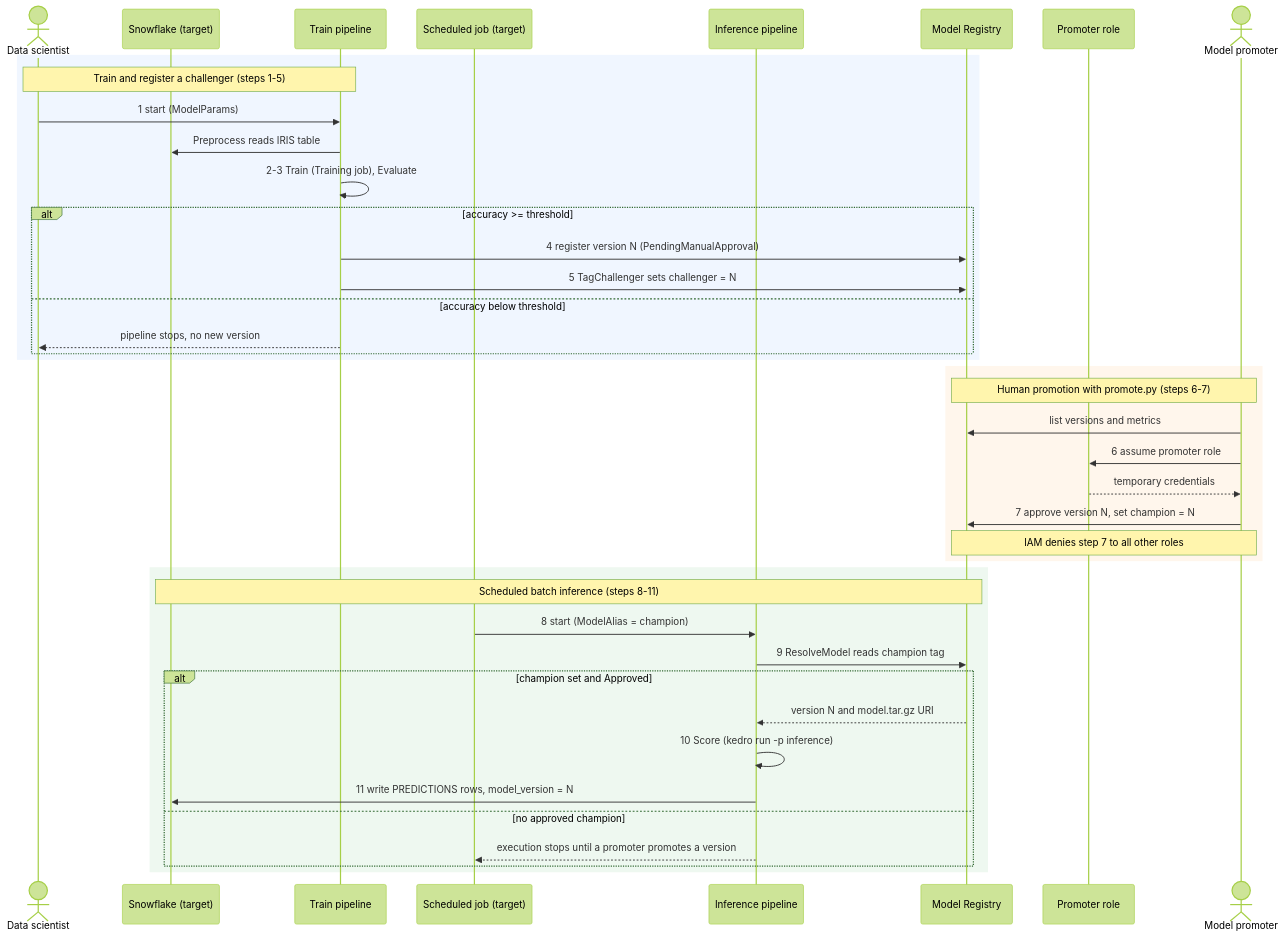
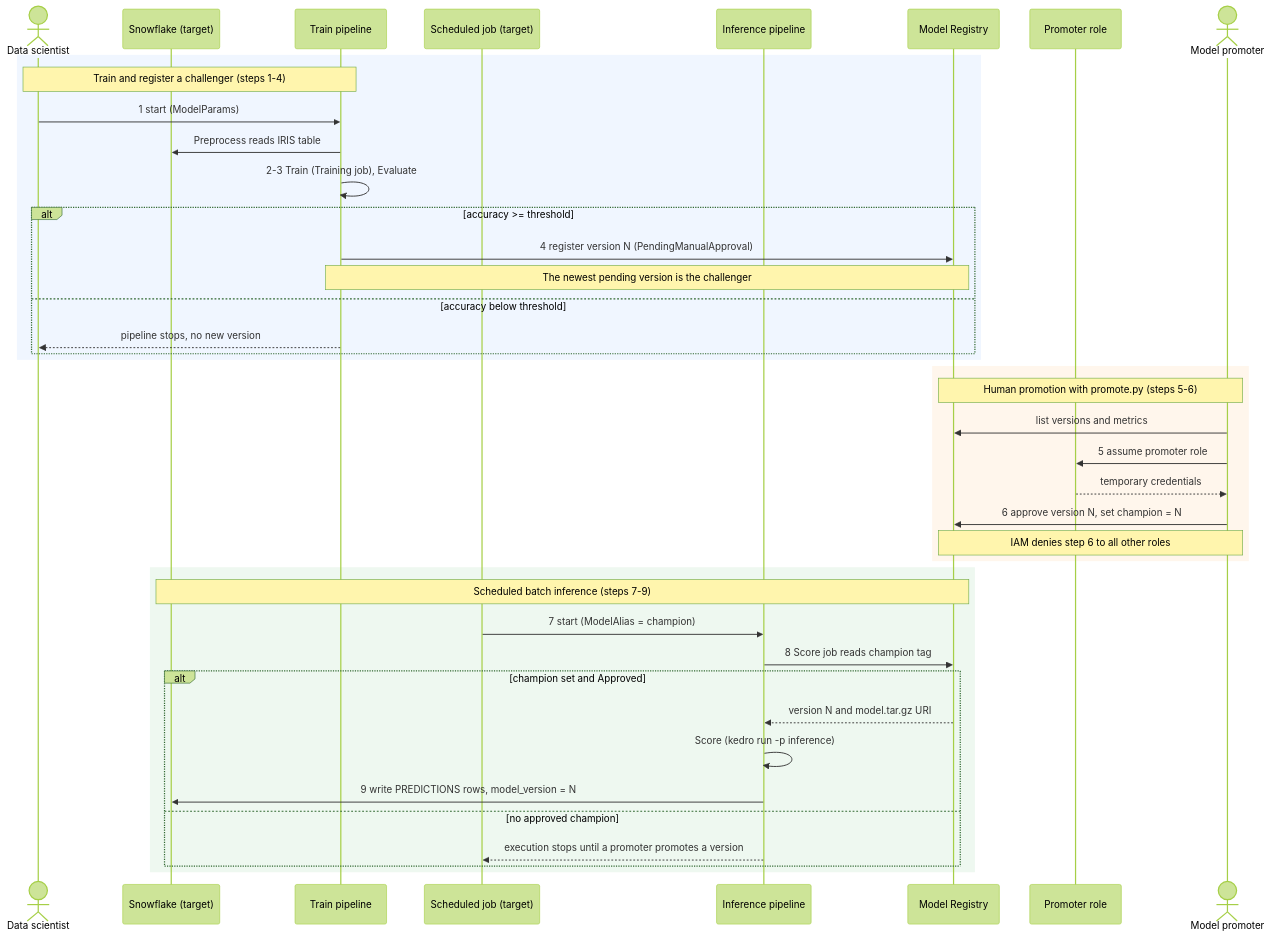
One commit to aniryou/sagemaker-demo changed the diagram in README.md. Above: the diagram before and after it, drawn with Mermaid (forest theme). The commit also changed other lines of this file and 13 other files, not shown here.

First line of the commit message:
Resolve the champion inside the Score job; remove the registry Lambda

````diff
--- a/README.md
+++ b/README.md
@@ -30,46 +30,46 @@
 ```mermaid
 sequenceDiagram
     actor DS as Data scientist
     participant SF as Snowflake (target)
     participant TP as Train pipeline
     participant SCH as Scheduled job (target)
     participant IP as Inference pipeline
     participant REG as Model Registry
     participant IAM as Promoter role
     actor PR as Model promoter
 
     rect rgb(240, 246, 255)
-    Note over DS,TP: Train and register a challenger (steps 1-5)
+    Note over DS,TP: Train and register a challenger (steps 1-4)
     DS->>TP: 1 start (ModelParams)
     TP->>SF: Preprocess reads IRIS table
     TP->>TP: 2-3 Train (Training job), Evaluate
     alt accuracy >= threshold
         TP->>REG: 4 register version N (PendingManualApproval)
-        TP->>REG: 5 TagChallenger sets challenger = N
+        Note over TP,REG: The newest pending version is the challenger
     else accuracy below threshold
         TP-->>DS: pipeline stops, no new version
     end
     end
 
     rect rgb(255, 246, 236)
-    Note over REG,PR: Human promotion with promote.py (steps 6-7)
+    Note over REG,PR: Human promotion with promote.py (steps 5-6)
     PR->>REG: list versions and metrics
-    PR->>IAM: 6 assume promoter role
+    PR->>IAM: 5 assume promoter role
     IAM-->>PR: temporary credentials
-    PR->>REG: 7 approve version N, set champion = N
-    Note over REG,PR: IAM denies step 7 to all other roles
+    PR->>REG: 6 approve version N, set champion = N
+    Note over REG,PR: IAM denies step 6 to all other roles
     end
 
     rect rgb(238, 248, 240)
-    Note over SF,REG: Scheduled batch inference (steps 8-11)
-    SCH->>IP: 8 start (ModelAlias = champion)
-    IP->>REG: 9 ResolveModel reads champion tag
+    Note over SF,REG: Scheduled batch inference (steps 7-9)
+    SCH->>IP: 7 start (ModelAlias = champion)
+    IP->>REG: 8 Score job reads champion tag
     alt champion set and Approved
         REG-->>IP: version N and model.tar.gz URI
-        IP->>IP: 10 Score (kedro run -p inference)
-        IP->>SF: 11 write PREDICTIONS rows, model_version = N
+        IP->>IP: Score (kedro run -p inference)
+        IP->>SF: 9 write PREDICTIONS rows, model_version = N
     else no approved champion
         IP-->>SCH: execution stops until a promoter promotes a version
     end
     end
 ```
````
